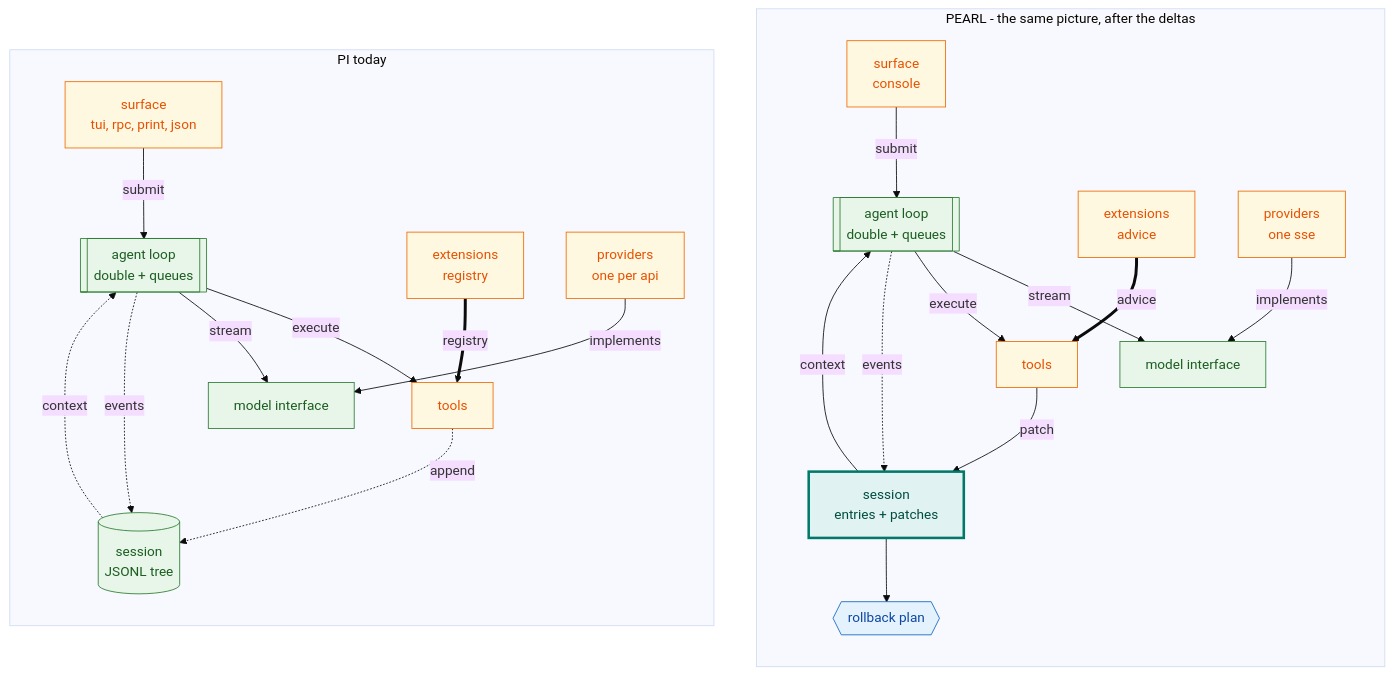
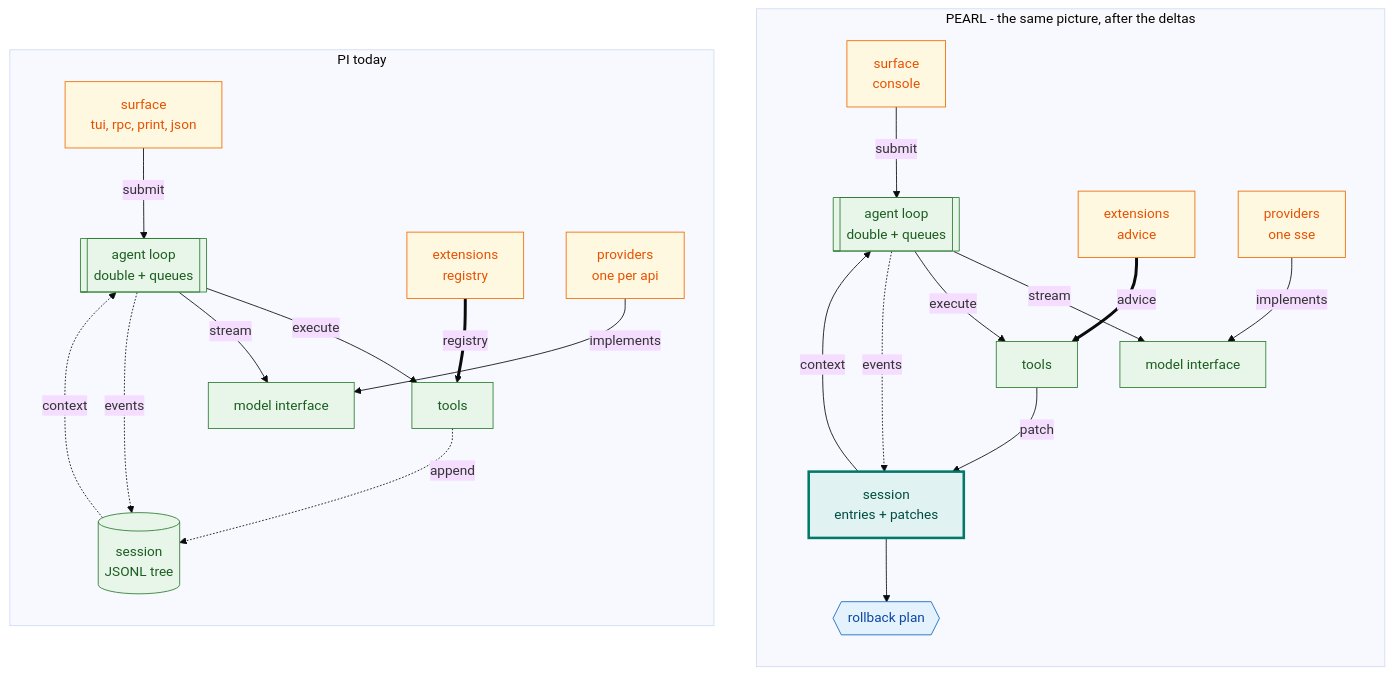
Before and after one commit to OverbearingPearl/pearl: the diagram in README.md, drawn with Mermaid (base theme). The commit also changed other lines of this file and 3 other files, not shown here.

````diff
--- a/README.md
+++ b/README.md
@@ -57,35 +57,35 @@
 ```mermaid
 flowchart TB
   subgraph R["PEARL - the same picture, after the deltas"]
     direction TB
     r_surf["surface<br/>console"] -->|submit| r_loop[["agent loop<br/>double + queues"]]
     r_loop -->|stream| r_model["model interface"]
     r_loop -->|execute| r_tools["tools"]
     r_loop -.->|events| r_sess["session<br/>entries + patches"]
     r_tools -->|patch| r_sess
     r_sess -->|context| r_loop
     r_sess --> r_plan{{"rollback plan"}}
     r_ext["extensions<br/>advice"] ==>|advice| r_tools
     r_prov["providers<br/>one sse"] -->|implements| r_model
   end
   subgraph L["PI today"]
     direction TB
     l_surf["surface<br/>tui, rpc, print, json"] -->|submit| l_loop[["agent loop<br/>double + queues"]]
     l_loop -->|execute| l_tools["tools"]
     l_loop -->|stream| l_model["model interface"]
     l_loop -.->|events| l_sess[("session<br/>JSONL tree")]
     l_tools -.->|append| l_sess
     l_sess -.->|context| l_loop
     l_ext["extensions<br/>registry"] ==>|registry| l_tools
     l_prov["providers<br/>one per api"] -->|implements| l_model
   end
   classDef keep fill:#e8f5e9,stroke:#2e7d32,color:#1b5e20
   classDef moved fill:#e0f2f1,stroke:#00796b,color:#004d40,stroke-width:3px
   classDef added fill:#e3f2fd,stroke:#1565c0,color:#0d47a1
   classDef changed fill:#fff8e1,stroke:#ef6c00,color:#e65100
-  class l_loop,l_model,l_sess,r_loop,r_model keep
-  class l_surf,l_ext,l_prov,l_tools changed
-  class r_surf,r_ext,r_prov,r_tools changed
+  class l_loop,l_model,l_tools,l_sess,r_loop,r_model,r_tools keep
+  class l_surf,l_ext,l_prov changed
+  class r_surf,r_ext,r_prov changed
   class r_sess moved
   class r_plan added
 ```
````
